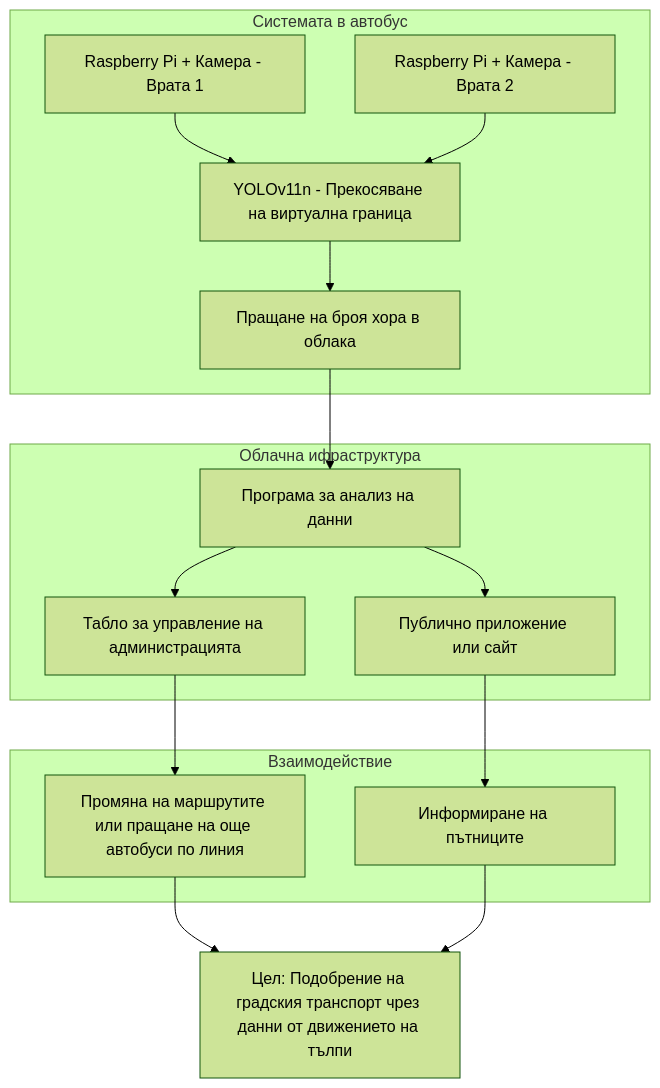
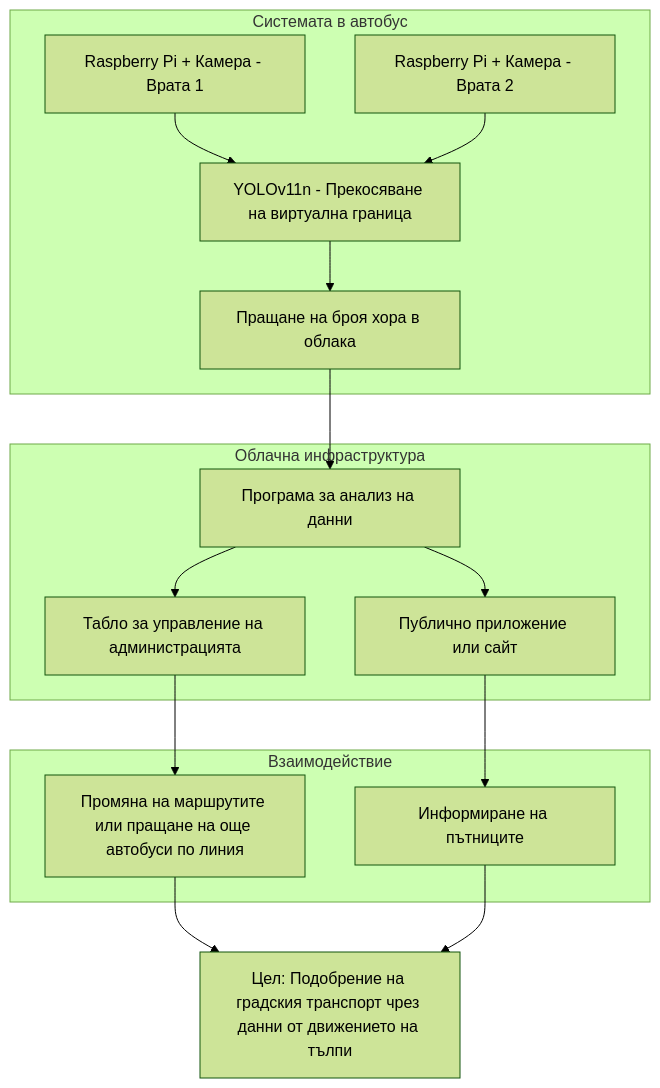
The diagram in README.md (astral-shpx/bus_crowding_system), drawn with Mermaid (forest theme) before and after one commit.

Commit message:
fix another typo

````diff
--- a/README.md
+++ b/README.md
@@ -3,27 +3,27 @@
 ```mermaid
 graph TD
     subgraph Системата в автобус
         DoorCam1[Raspberry Pi + Камера - Врата 1]
         DoorCam2[Raspberry Pi + Камера - Врата 2]
         LineDetect[YOLOv11n - Прекосяване на виртуална граница]
         DoorCam1 --> LineDetect
         DoorCam2 --> LineDetect
         LineDetect --> CloudData[Пращане на броя хора в облака]
     end
 
-    subgraph Облачна ифраструктура
+    subgraph Облачна инфраструктура
         CloudData --> Analytics[Програма за анализ на данни]
         Analytics --> Authorities[Табло за управление на администрацията]
         Analytics --> WebApp[Публично приложение или сайт]
     end
 
     subgraph Взаимодействие
         WebApp --> Users[Информиране на пътниците]
         Authorities --> Planning[Промяна на маршрутите или пращане на още автобуси по линия]
     end
 
     Goal[Цел: Подобрение на градския транспорт чрез данни от движението на тълпи]
     Planning --> Goal
     Users --> Goal
 
 ```
````
